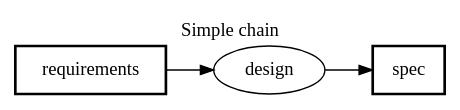
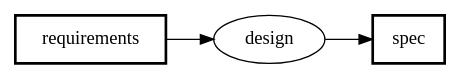
Before and after one commit to takasek/pfdsl: the first of 9 diagrams in docs/samples/README.md, drawn with Graphviz. The commit also changed other lines of this file and 31 other files, not shown here.

````diff
--- a/docs/samples/README.md
+++ b/docs/samples/README.md
@@ -22,15 +18,13 @@
 ```dot
 digraph PFDSL {
   rankdir=LR;
   newrank=true;
-  label="Simple chain";
-  labelloc="t";
 
   "design" [shape=ellipse, label="design"];
   "requirements" [shape=box, label="requirements", penwidth="2"];
   "spec" [shape=box, label="spec", penwidth="2"];
 
   "requirements" -> "design";
   "design" -> "spec";
 }
 ```
````
